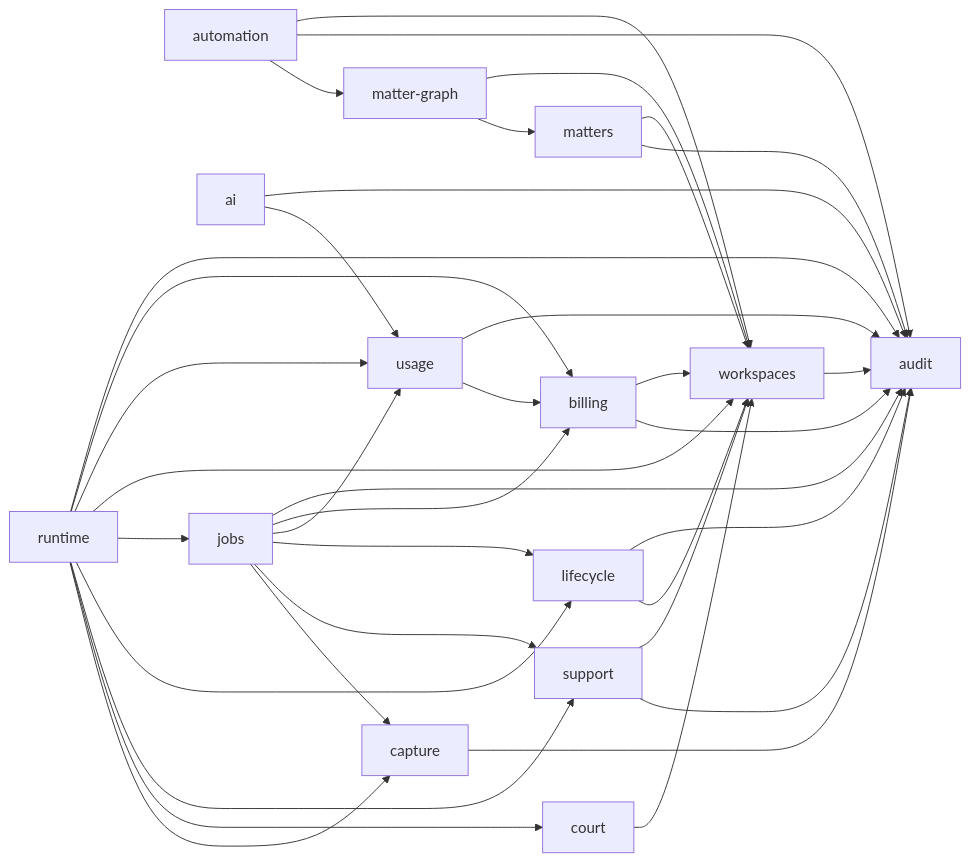
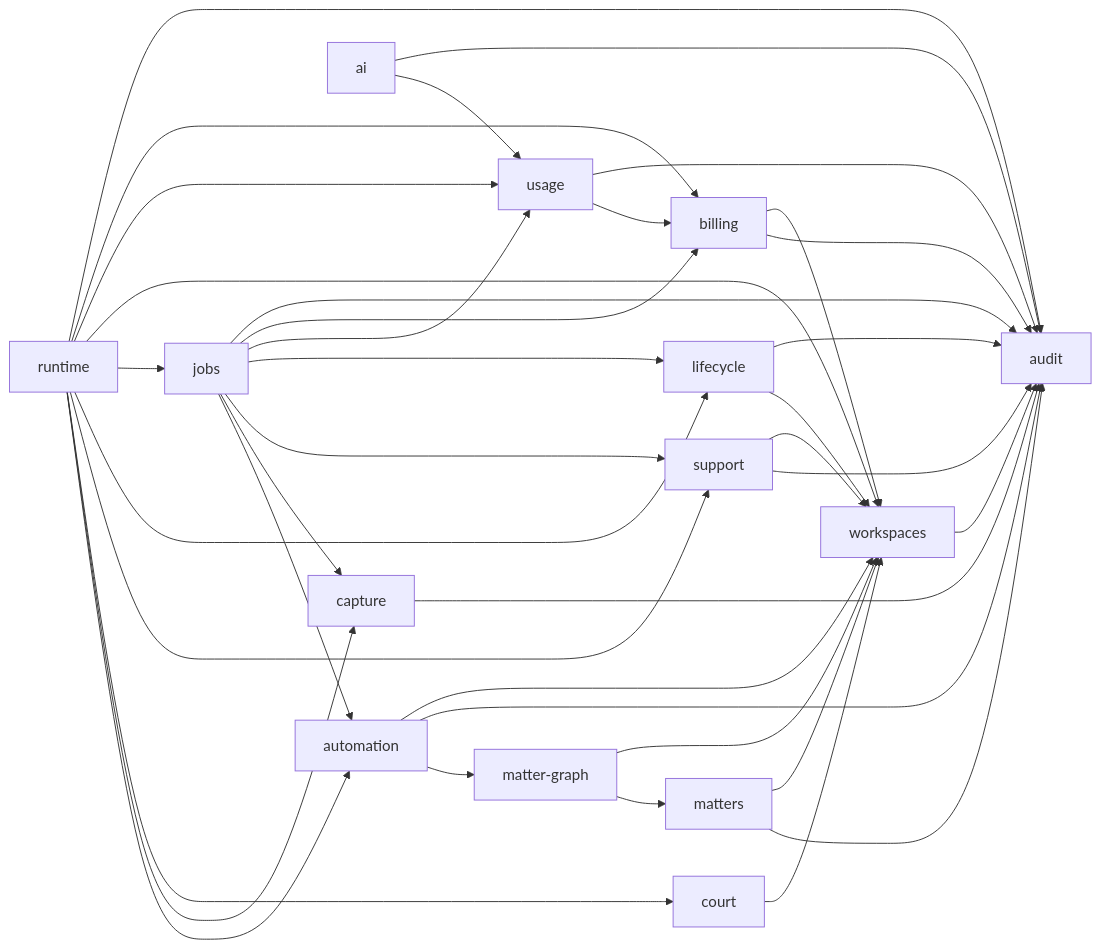
Before and after one commit to RapierCraftStudios/causedeck: the diagram in docs/engineering/core-domains.md, drawn with Mermaid. The commit also changed other lines of this file and 81 other files, not shown here.

````diff
--- a/docs/engineering/core-domains.md
+++ b/docs/engineering/core-domains.md
@@ -61,38 +61,40 @@
 ```mermaid
 graph LR
   workspaces --> audit
   matters --> workspaces
   matters --> audit
   court --> workspaces
   matter-graph --> workspaces
   matter-graph --> matters
   automation --> workspaces
   automation --> audit
   automation --> matter-graph
   billing --> workspaces
   billing --> audit
   usage --> audit
   usage --> billing
   ai --> audit
   ai --> usage
   lifecycle --> audit
   lifecycle --> workspaces
   support --> workspaces
   support --> audit
   capture --> audit
   jobs --> audit
   jobs --> billing
   jobs --> usage
   jobs --> lifecycle
   jobs --> support
   jobs --> capture
+  jobs --> automation
   runtime --> audit
   runtime --> billing
   runtime --> usage
   runtime --> workspaces
   runtime --> jobs
   runtime --> lifecycle
   runtime --> support
   runtime --> court
   runtime --> capture
+  runtime --> automation
 ```
````
